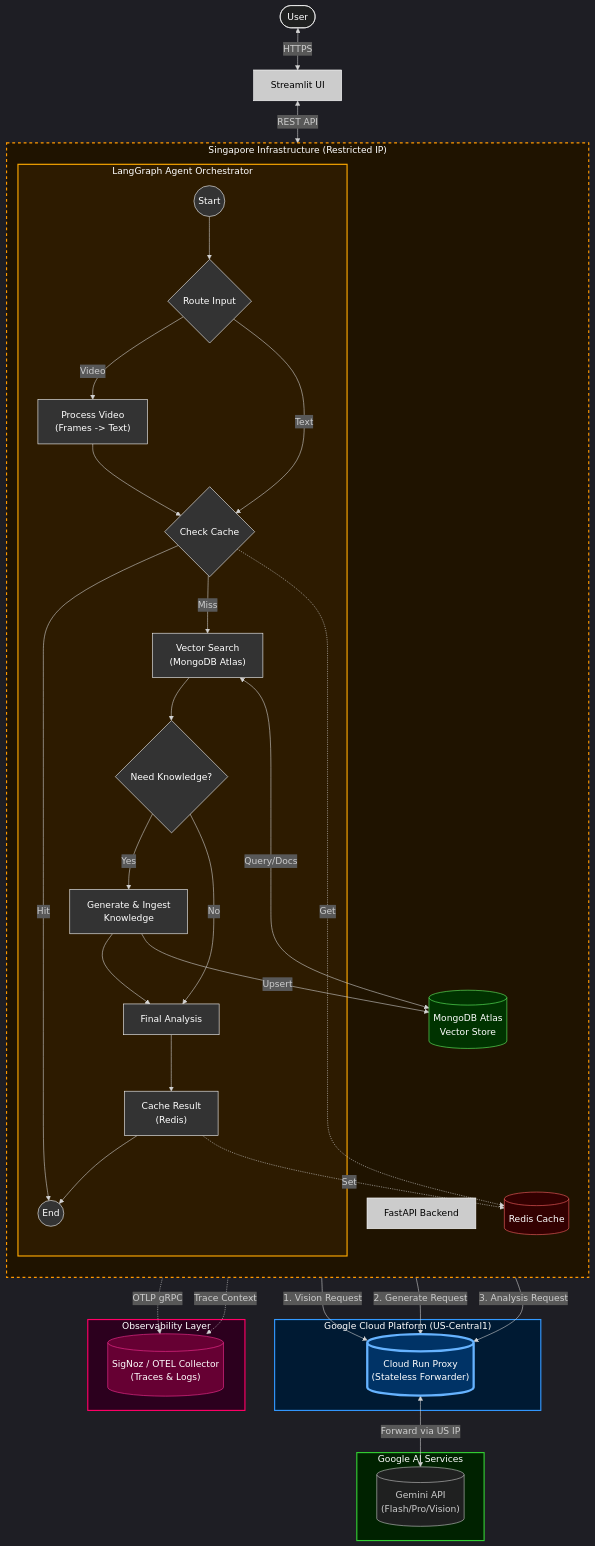
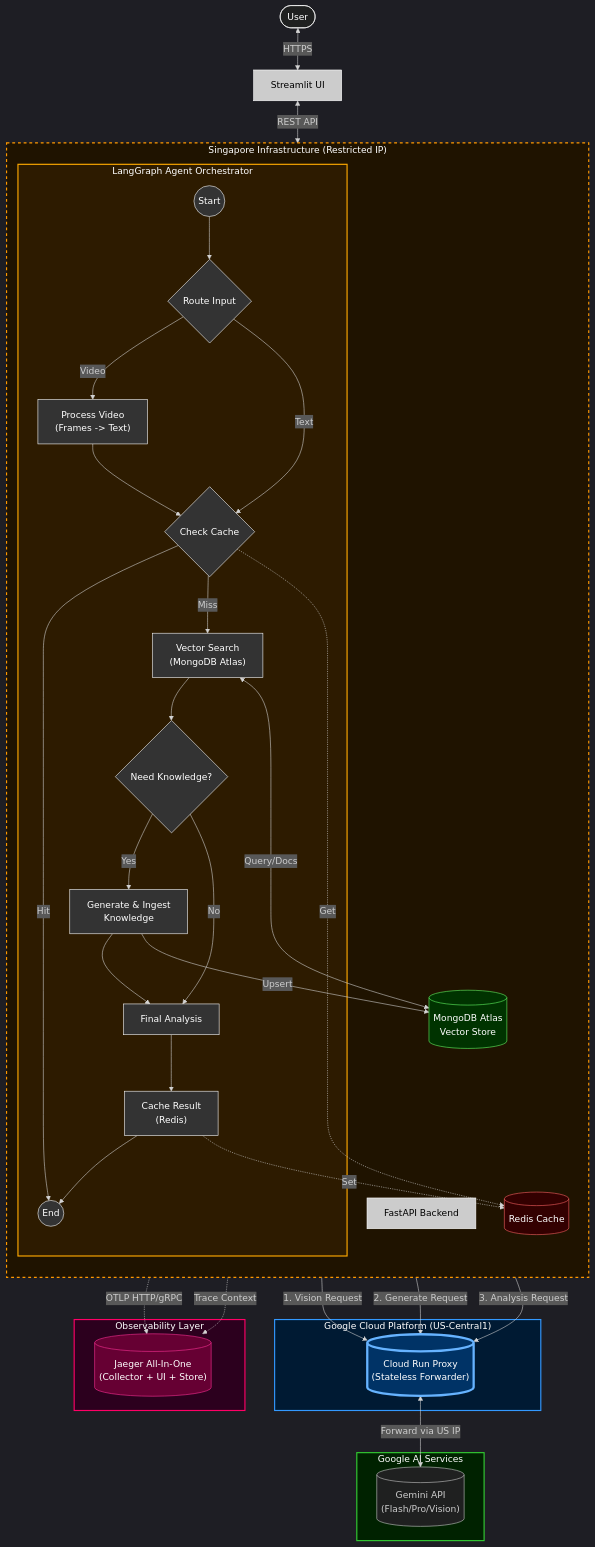
One commit to nirajmind/CareerPilot changed the diagram in docs/system_architecture.md. Above: the diagram before and after it, drawn with Mermaid. The commit also changed 5 other files, not shown here.

```diff
--- a/docs/system_architecture.md
+++ b/docs/system_architecture.md
@@ -49,14 +49,14 @@
         Gemini[("Gemini API\n(Flash/Pro/Vision)")]
     end
     subgraph Observability ["Observability Layer"]
-        Collector[("SigNoz / OTEL Collector\n(Traces & Logs)")]
+        Collector[("Jaeger All-In-One\n(Collector + UI + Store)")]
     end
     VidProc -->|1. Vision Request| Proxy
     Gen -->|2. Generate Request| Proxy
     Final -->|3. Analysis Request| Proxy
     
     Proxy <-->|Forward via US IP| Gemini
-    API -.->|OTLP gRPC| Collector
+    API -.->|OTLP HTTP/gRPC| Collector
     Start -.->|Trace Context| Collector
     
     
```
